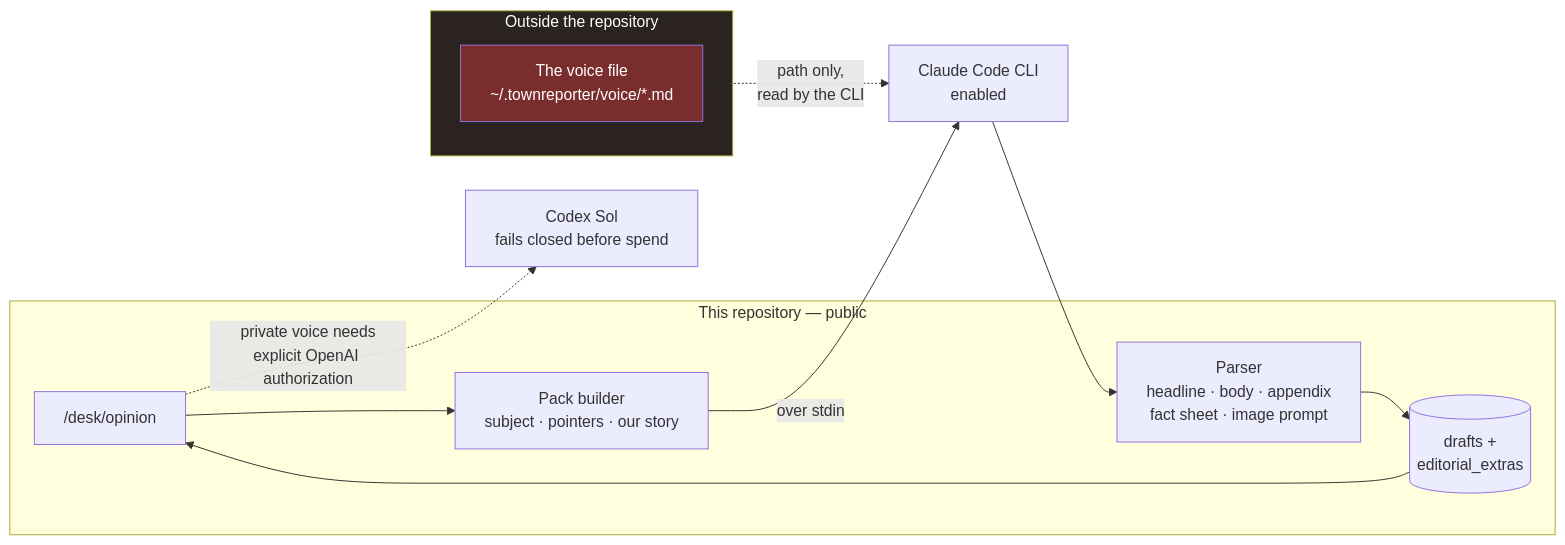
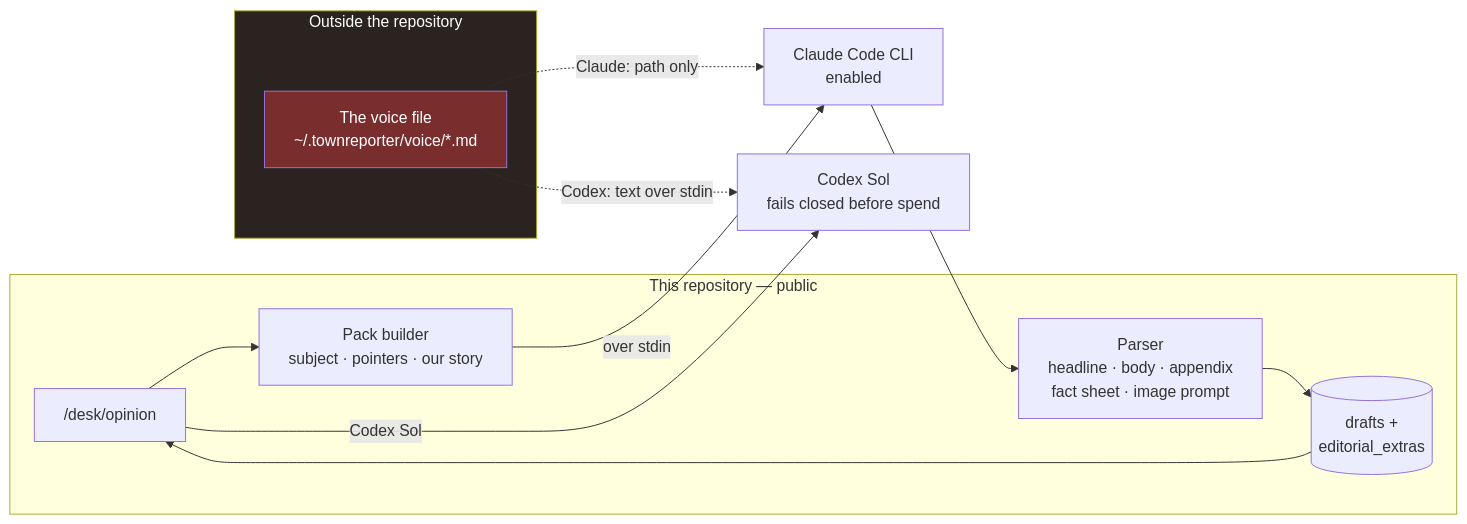
One commit to scottconverse/TownReporter changed the fifth of 8 diagrams in docs/manual.md. Above: the diagram before and after it, drawn with Mermaid. The commit also changed other lines of this file and 14 other files, not shown here.

````diff
--- a/docs/manual.md
+++ b/docs/manual.md
@@ -655,25 +654,26 @@
 ```mermaid
 flowchart LR
     subgraph repo["This repository — public"]
         UI["/desk/opinion"]
         PACK["Pack builder<br/>subject · pointers · our story"]
         PARSE["Parser<br/>headline · body · appendix<br/>fact sheet · image prompt"]
         DRAFTS[("drafts +<br/>editorial_extras")]
     end
 
     subgraph private["Outside the repository"]
         VOICE["The voice file<br/>~/.townreporter/voice/*.md"]
     end
 
     CLI["Claude Code CLI<br/>enabled"]
     CODEX["Codex Sol<br/>fails closed before spend"]
 
     UI --> PACK
     PACK -->|"over stdin"| CLI
-    VOICE -.->|"path only,<br/>read by the CLI"| CLI
+    VOICE -.->|"Claude: path only"| CLI
+    VOICE -.->|"Codex: text over stdin"| CODEX
     CLI --> PARSE --> DRAFTS --> UI
-    UI -.->|"private voice needs<br/>explicit OpenAI authorization"| CODEX
+    UI -->|"Codex Sol"| CODEX
 
     style private fill:#2a2320,color:#fff
     style VOICE fill:#7a2d2d,color:#fff
 ```
````
